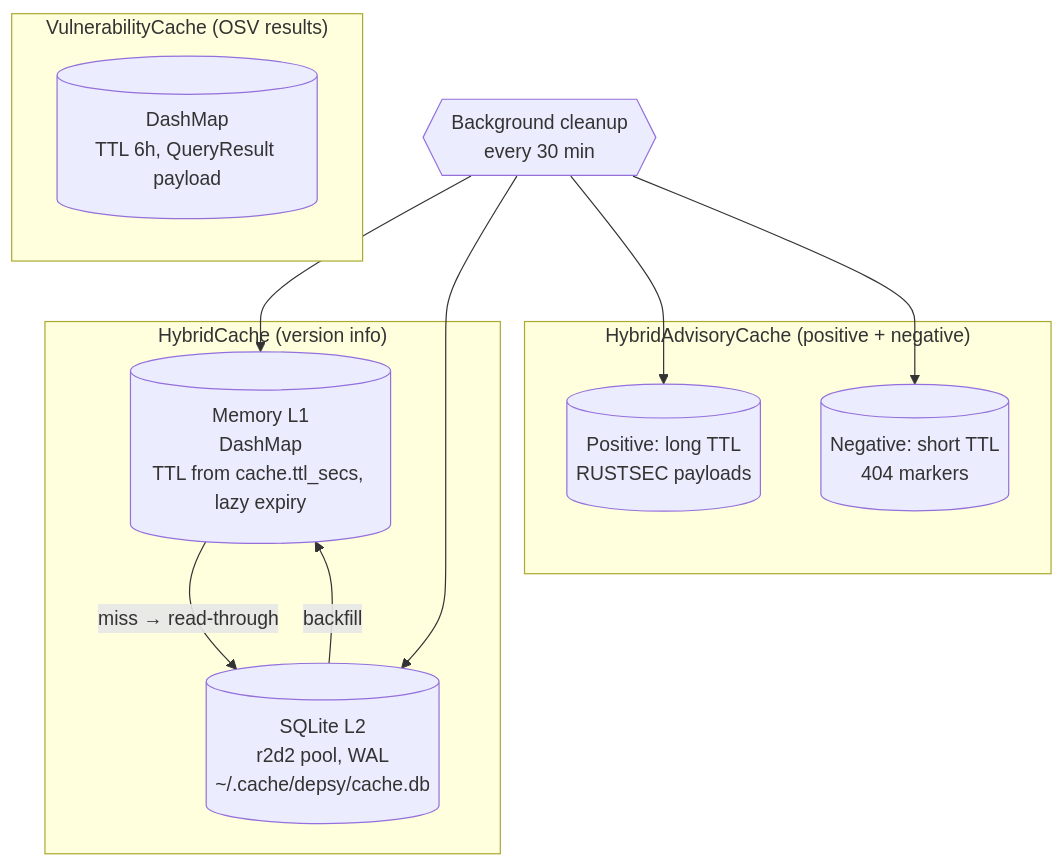
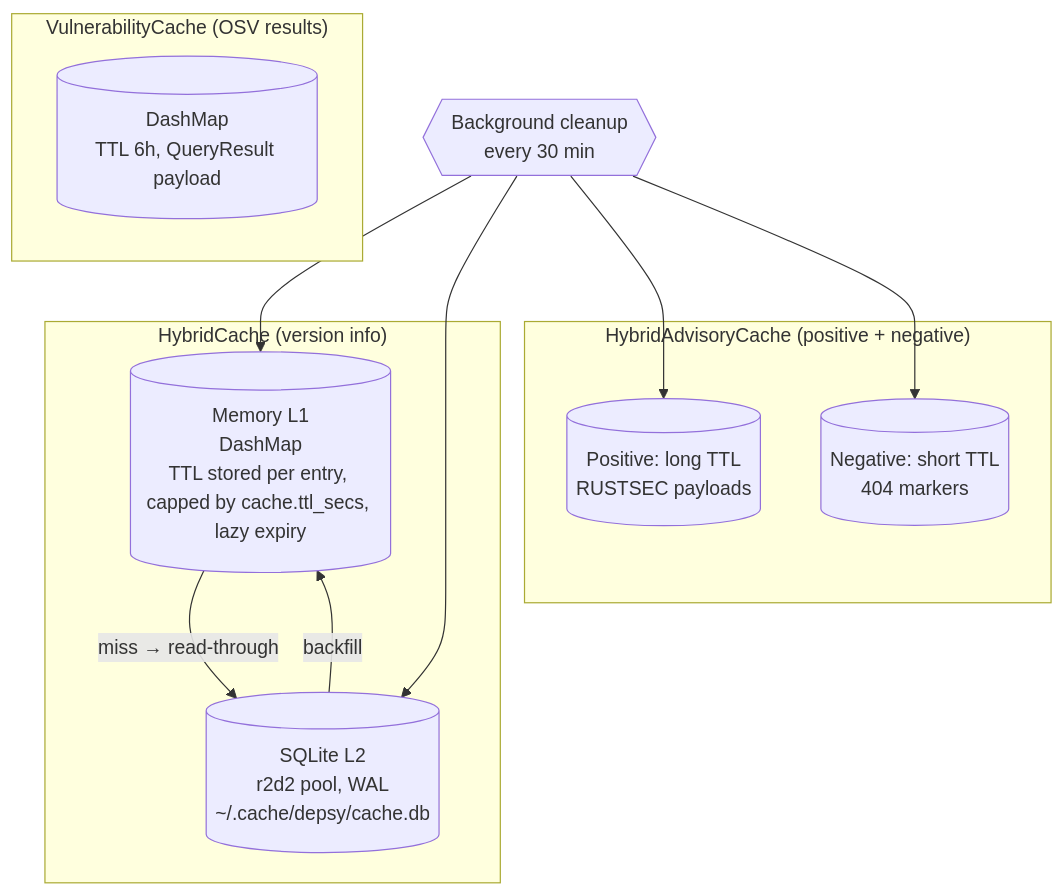
The third of 4 diagrams in docs/architecture.md (mpiton/zed-depsy), drawn with Mermaid before and after one commit. The commit also changed other lines of this file and 2 other files, not shown here.

Commit message:
docs(cache): say how a changed cache.ttl_secs applies to cached data

````diff
--- a/docs/architecture.md
+++ b/docs/architecture.md
@@ -312,24 +312,24 @@
 ```mermaid
 flowchart TB
     subgraph hybrid["HybridCache (version info)"]
-        L1[("Memory L1<br/>DashMap<String, CacheEntry><br/>TTL from cache.ttl_secs, lazy expiry")]
+        L1[("Memory L1<br/>DashMap<String, CacheEntry><br/>TTL stored per entry, capped by cache.ttl_secs, lazy expiry")]
         L2[("SQLite L2<br/>r2d2 pool, WAL<br/>~/.cache/depsy/cache.db")]
         L1 -->|miss → read-through| L2
         L2 -->|backfill| L1
     end
 
     subgraph vuln["VulnerabilityCache (OSV results)"]
         VS[("DashMap<VulnCacheKey, VulnCacheEntry><br/>TTL 6h, QueryResult payload")]
     end
 
     subgraph adv["HybridAdvisoryCache (positive + negative)"]
         AP[("Positive: long TTL<br/>RUSTSEC payloads")]
         AN[("Negative: short TTL<br/>404 markers")]
     end
 
     Cleanup{{"Background cleanup<br/>every 30 min"}}
     Cleanup --> L1
     Cleanup --> L2
     Cleanup --> AP
     Cleanup --> AN
 ```
````
